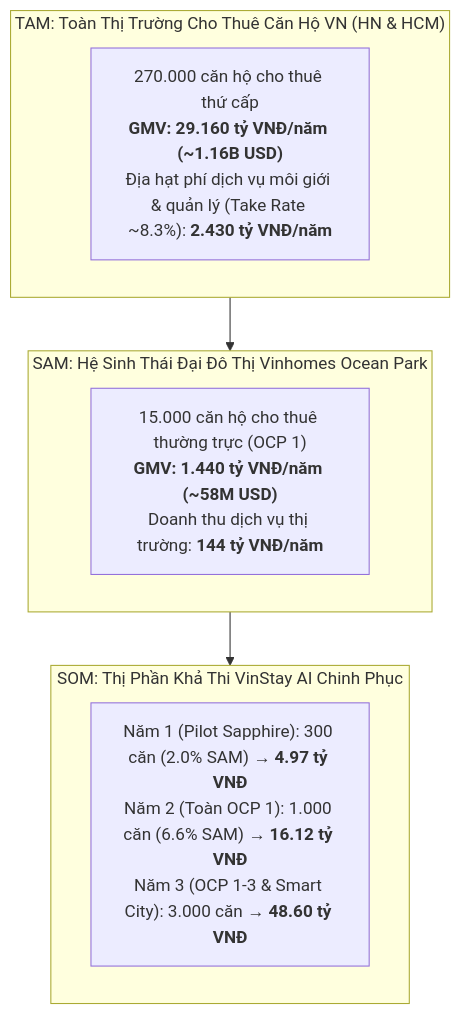
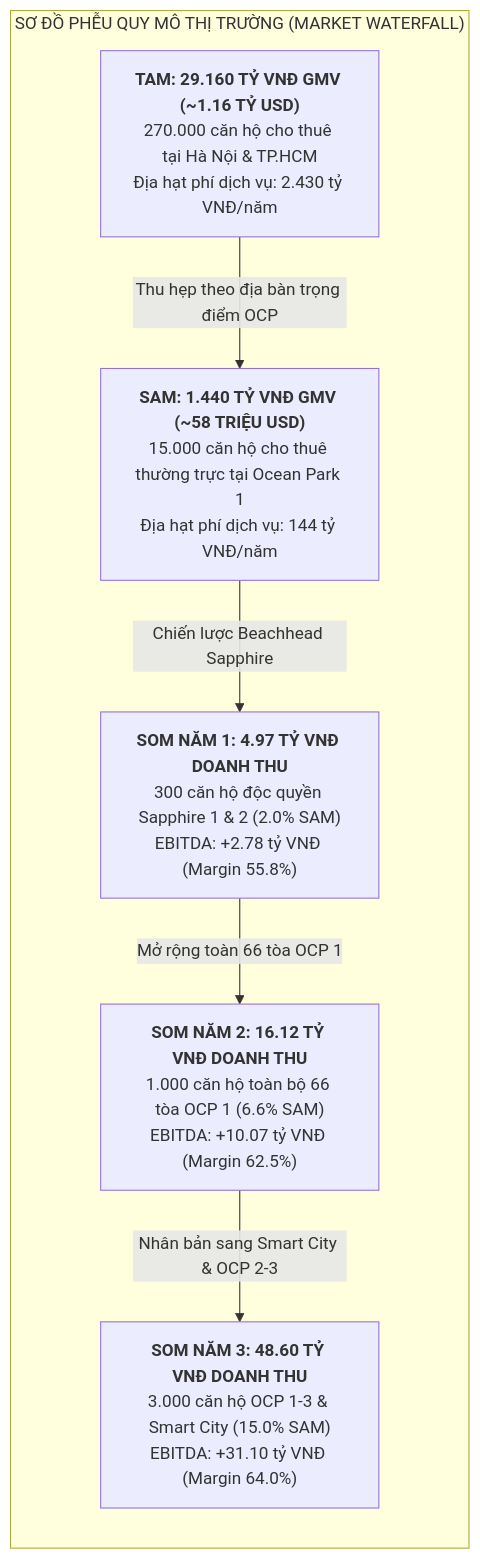
The fourth of 7 diagrams in docs/FINANCIAL_AND_REVENUE_MODEL.md (cvduynk-beep/duynk-demop2-t010), drawn with Mermaid before and after one commit. The commit also changed other lines of this file, not shown here.

Commit message:
docs(finance): expand and complete TAM-SAM-SOM market sizing model

````diff
--- a/docs/FINANCIAL_AND_REVENUE_MODEL.md
+++ b/docs/FINANCIAL_AND_REVENUE_MODEL.md
@@ -98,13 +288,16 @@
 ```mermaid
-graph TD
-    subgraph TAM ["TAM: Toàn Thị Trường Cho Thuê Căn Hộ VN (HN & HCM)"]
-        T1["270.000 căn hộ cho thuê thứ cấp<br><b>GMV: 29.160 tỷ VNĐ/năm (~1.16B USD)</b><br>Địa hạt phí dịch vụ môi giới & quản lý (Take Rate ~8.3%): <b>2.430 tỷ VNĐ/năm</b>"]
+graph LR
+    subgraph Sizing ["SƠ ĐỒ PHỄU QUY MÔ THỊ TRƯỜNG (MARKET WATERFALL)"]
+        direction TB
+        A["<b>TAM: 29.160 TỶ VNĐ GMV (~1.16 TỶ USD)</b><br>270.000 căn hộ cho thuê tại Hà Nội & TP.HCM<br>Địa hạt phí dịch vụ: 2.430 tỷ VNĐ/năm"]
+        B["<b>SAM: 1.440 TỶ VNĐ GMV (~58 TRIỆU USD)</b><br>15.000 căn hộ cho thuê thường trực tại Ocean Park 1<br>Địa hạt phí dịch vụ: 144 tỷ VNĐ/năm"]
+        C["<b>SOM NĂM 1: 4.97 TỶ VNĐ DOANH THU</b><br>300 căn hộ độc quyền Sapphire 1 & 2 (2.0% SAM)<br>EBITDA: +2.78 tỷ VNĐ (Margin 55.8%)"]
+        D["<b>SOM NĂM 2: 16.12 TỶ VNĐ DOANH THU</b><br>1.000 căn hộ toàn bộ 66 tòa OCP 1 (6.6% SAM)<br>EBITDA: +10.07 tỷ VNĐ (Margin 62.5%)"]
+        E["<b>SOM NĂM 3: 48.60 TỶ VNĐ DOANH THU</b><br>3.000 căn hộ OCP 1-3 & Smart City (15.0% SAM)<br>EBITDA: +31.10 tỷ VNĐ (Margin 64.0%)"]
+
+        A -->|Thu hẹp theo địa bàn trọng điểm OCP| B
+        B -->|Chiến lược Beachhead Sapphire| C
+        C -->|Mở rộng toàn 66 tòa OCP 1| D
+        D -->|Nhân bản sang Smart City & OCP 2-3| E
     end
-    subgraph SAM ["SAM: Hệ Sinh Thái Đại Đô Thị Vinhomes Ocean Park"]
-        S1["15.000 căn hộ cho thuê thường trực (OCP 1)<br><b>GMV: 1.440 tỷ VNĐ/năm (~58M USD)</b><br>Doanh thu dịch vụ thị trường: <b>144 tỷ VNĐ/năm</b>"]
-    end
-    subgraph SOM ["SOM: Thị Phần Khả Thi VinStay AI Chinh Phục"]
-        M1["Năm 1 (Pilot Sapphire): 300 căn (2.0% SAM) → <b>4.97 tỷ VNĐ</b><br>Năm 2 (Toàn OCP 1): 1.000 căn (6.6% SAM) → <b>16.12 tỷ VNĐ</b><br>Năm 3 (OCP 1-3 & Smart City): 3.000 căn → <b>48.60 tỷ VNĐ</b>"]
-    end
-    TAM --> SAM --> SOM
 ```
````
